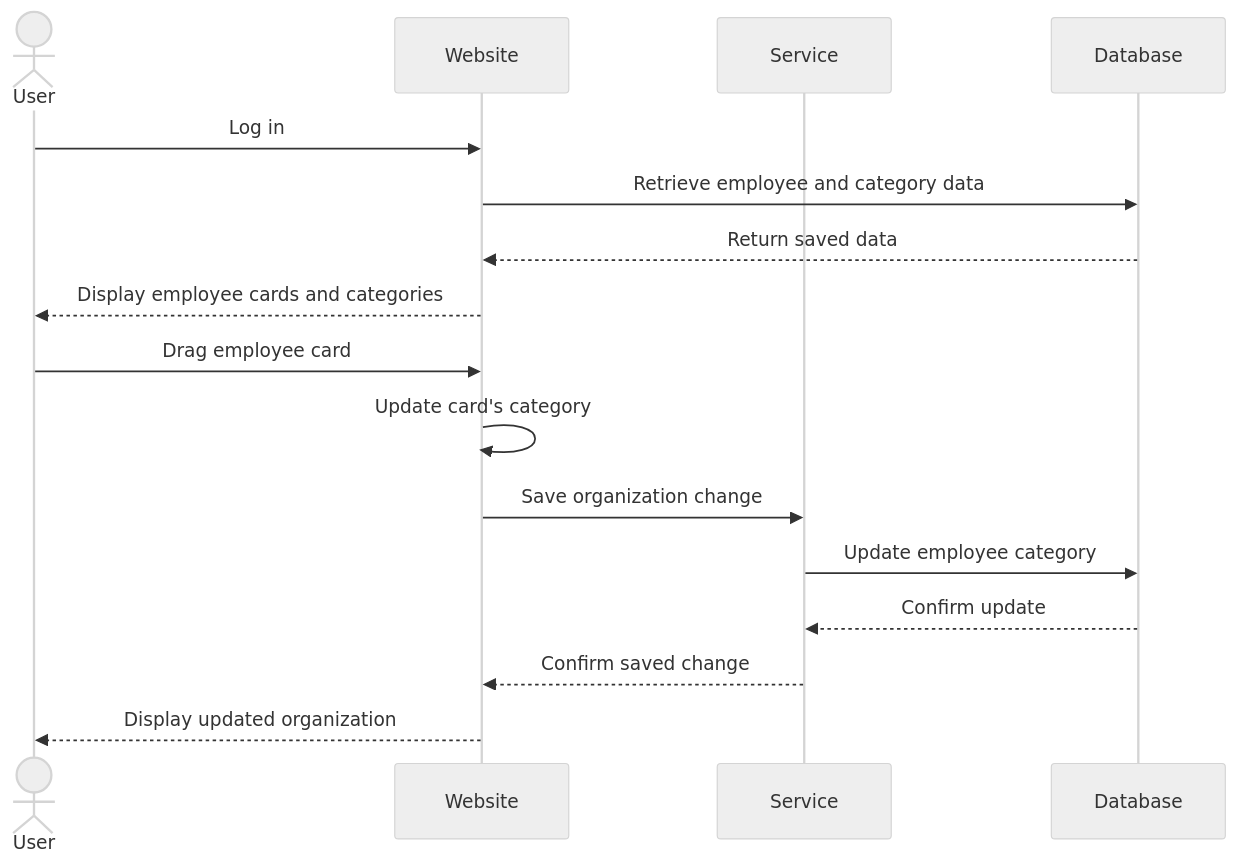
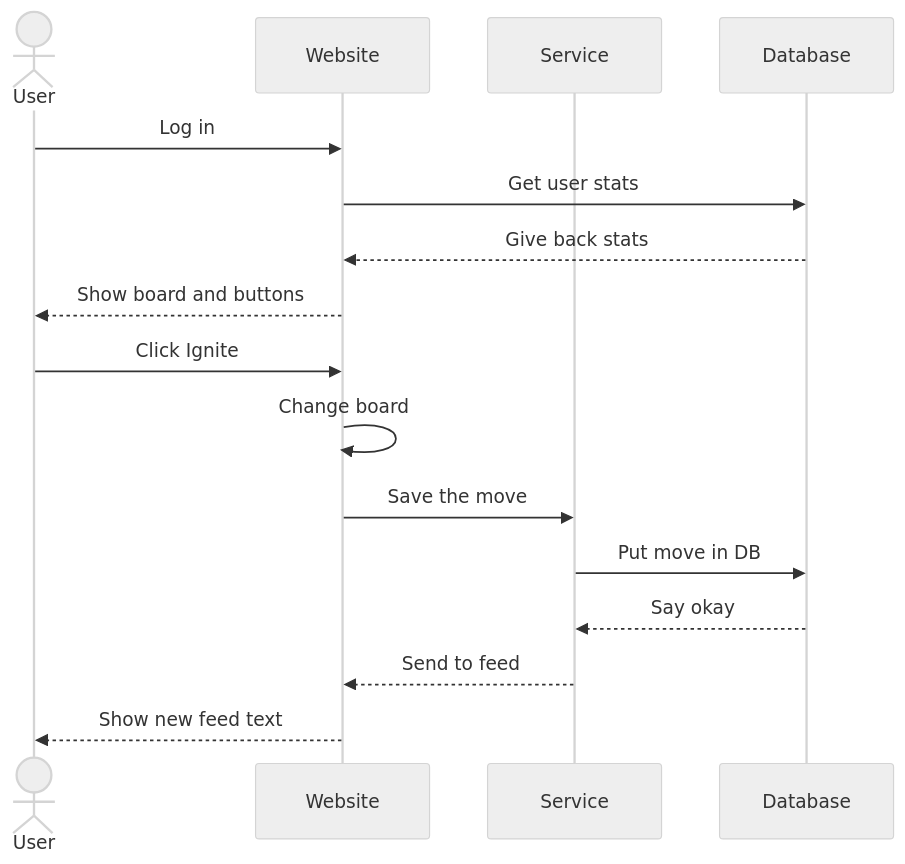
One commit to sreynolds42/startupApplication changed the diagram in README.md. Above: the diagram before and after it, drawn with Mermaid (neutral theme). The commit also changed other lines of this file and 1 other file, not shown here.

````diff
--- a/README.md
+++ b/README.md
@@ -15,21 +15,21 @@
 ```mermaid
 sequenceDiagram
     actor User
     participant Website
     participant Service
     participant Database
 
     User->>Website: Log in
-    Website->>Database: Retrieve employee and category data
-    Database-->>Website: Return saved data
-    Website-->>User: Display employee cards and categories
+    Website->>Database: Get user stats
+    Database-->>Website: Give back stats
+    Website-->>User: Show board and buttons
 
-    User->>Website: Drag employee card
-    Website->>Website: Update card's category
-    Website->>Service: Save organization change
-    Service->>Database: Update employee category
-    Database-->>Service: Confirm update
-    Service-->>Website: Confirm saved change
-    Website-->>User: Display updated organization
+    User->>Website: Click Ignite
+    Website->>Website: Change board
+    Website->>Service: Save the move
+    Service->>Database: Put move in DB
+    Database-->>Service: Say okay
+    Service-->>Website: Send to feed
+    Website-->>User: Show new feed text
 
 ```
````
